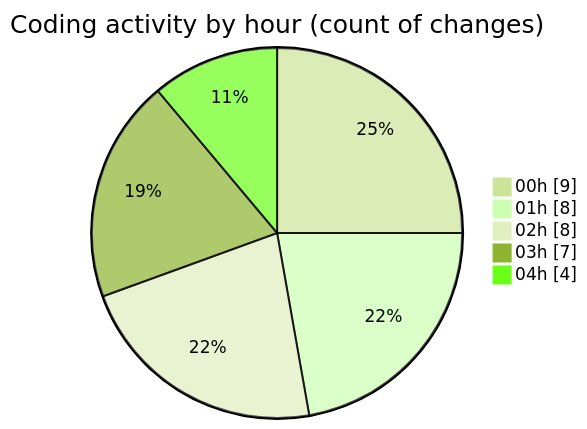
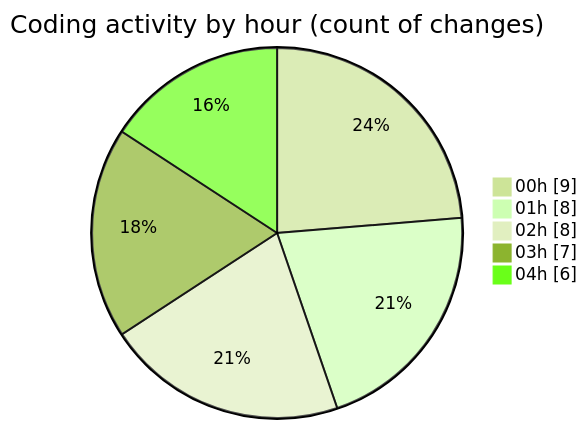
One commit to jrari/code-tracking changed the second of 2 diagrams in 2025-07-14/telebot/README.md. Above: the diagram before and after it, drawn with Mermaid (forest theme). The commit also changed other lines of this file and 1 other file, not shown here.

````diff
--- a/2025-07-14/telebot/README.md
+++ b/2025-07-14/telebot/README.md
@@ -45,9 +47,9 @@
 ```mermaid
 pie showData
 title Coding activity by hour (count of changes)
 "00h" : 9
 "01h" : 8
 "02h" : 8
 "03h" : 7
-"04h" : 4
+"04h" : 6
 ```
````
